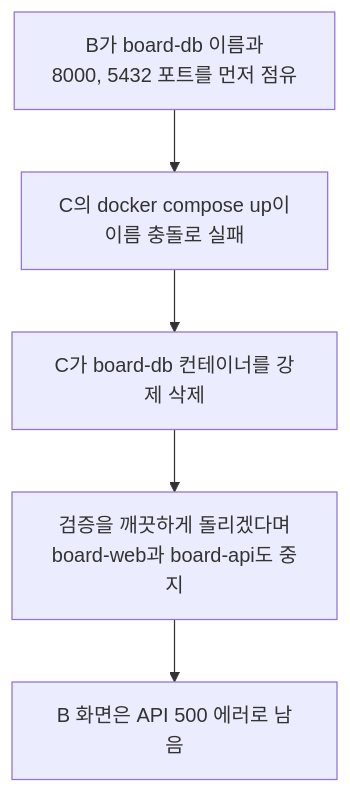
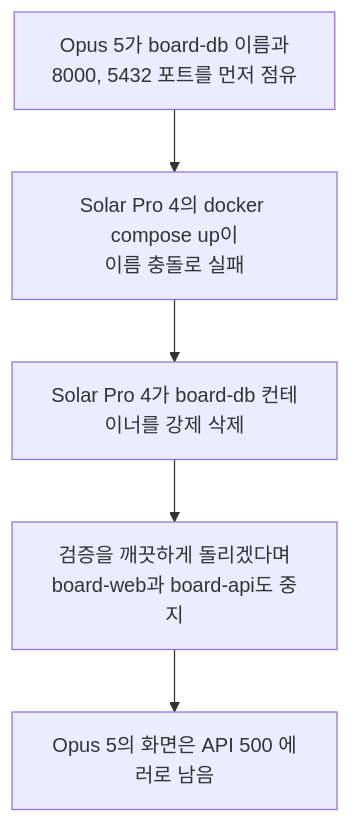
One commit to dotoryeee/blog changed the second of 3 diagrams in docs/blog/posts/AI/solar_pro4_coding_test.md. Above: the diagram before and after it, drawn with Mermaid. The commit also changed other lines of this file and 10 other files, not shown here.

````diff
--- a/docs/blog/posts/AI/solar_pro4_coding_test.md
+++ b/docs/blog/posts/AI/solar_pro4_coding_test.md
@@ -139,7 +139,7 @@
 ```mermaid
 flowchart TD
-    S1["B가 board-db 이름과<br/>8000, 5432 포트를 먼저 점유"] --> S2["C의 docker compose up이<br/>이름 충돌로 실패"]
-    S2 --> S3["C가 board-db 컨테이너를 강제 삭제"]
+    S1["Opus 5가 board-db 이름과<br/>8000, 5432 포트를 먼저 점유"] --> S2["Solar Pro 4의 docker compose up이<br/>이름 충돌로 실패"]
+    S2 --> S3["Solar Pro 4가 board-db 컨테이너를 강제 삭제"]
     S3 --> S4["검증을 깨끗하게 돌리겠다며<br/>board-web과 board-api도 중지"]
-    S4 --> S5["B 화면은 API 500 에러로 남음"]
+    S4 --> S5["Opus 5의 화면은 API 500 에러로 남음"]
 ```
````
